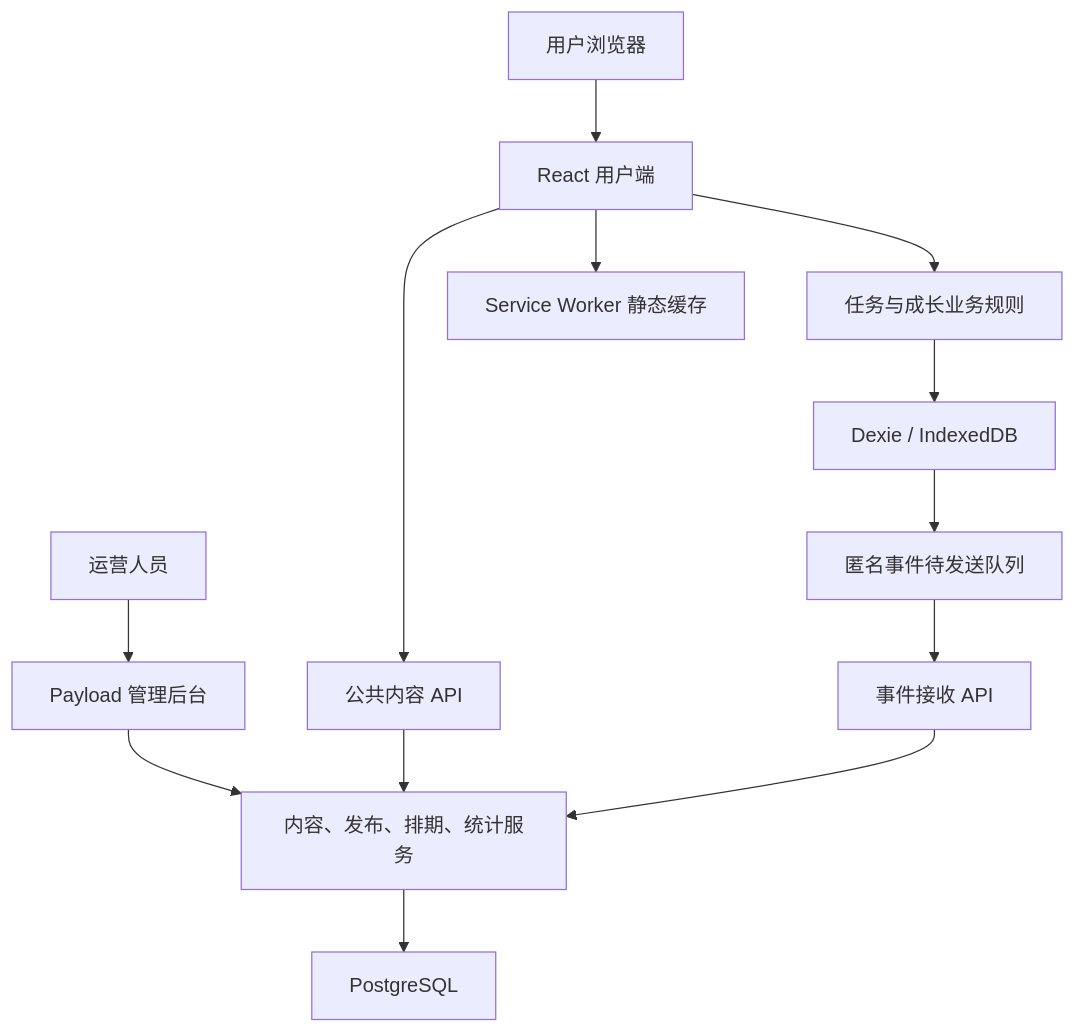
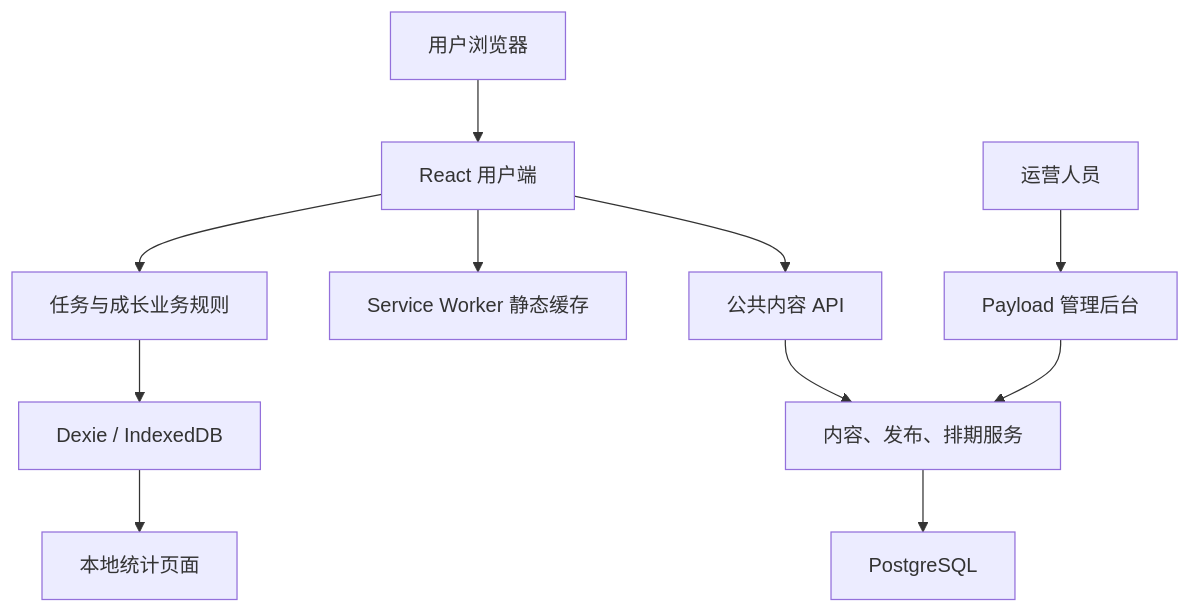
Before and after one commit to Charizardxone/lifeSideQuest: the diagram in docs/2.人生支线技术架构与模块拆分.md, drawn with Mermaid. The commit also changed other lines of this file and 133 other files, not shown here.

````diff
--- a/docs/2.人生支线技术架构与模块拆分.md
+++ b/docs/2.人生支线技术架构与模块拆分.md
@@ -61,15 +61,13 @@
 ```mermaid
 flowchart TD
     U[用户浏览器] --> WEB[React 用户端]
     WEB --> DOMAIN[任务与成长业务规则]
     DOMAIN --> LOCAL[Dexie / IndexedDB]
     WEB --> SW[Service Worker 静态缓存]
     WEB --> API[公共内容 API]
-    LOCAL --> OUTBOX[匿名事件待发送队列]
-    OUTBOX --> EVENTS[事件接收 API]
+    LOCAL --> STATS[本地统计页面]
     OP[运营人员] --> ADMIN[Payload 管理后台]
-    ADMIN --> SERVICE[内容、发布、排期、统计服务]
+    ADMIN --> SERVICE[内容、发布、排期服务]
     API --> SERVICE
-    EVENTS --> SERVICE
     SERVICE --> PG[PostgreSQL]
 ```
````
